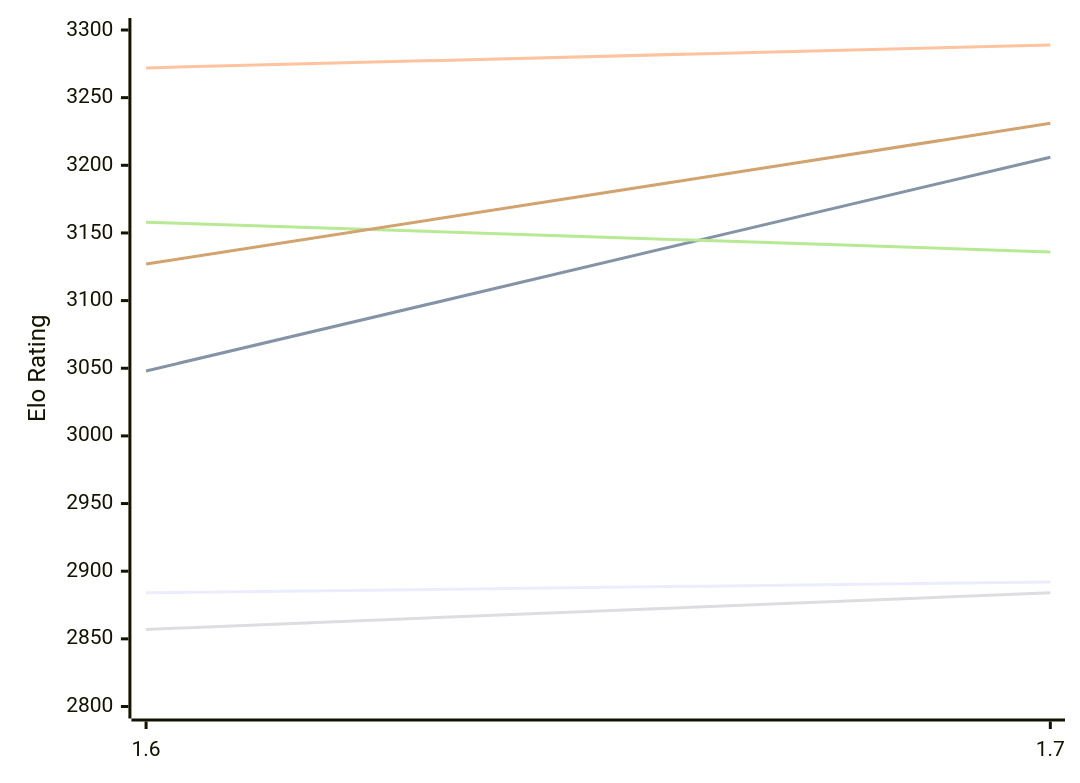
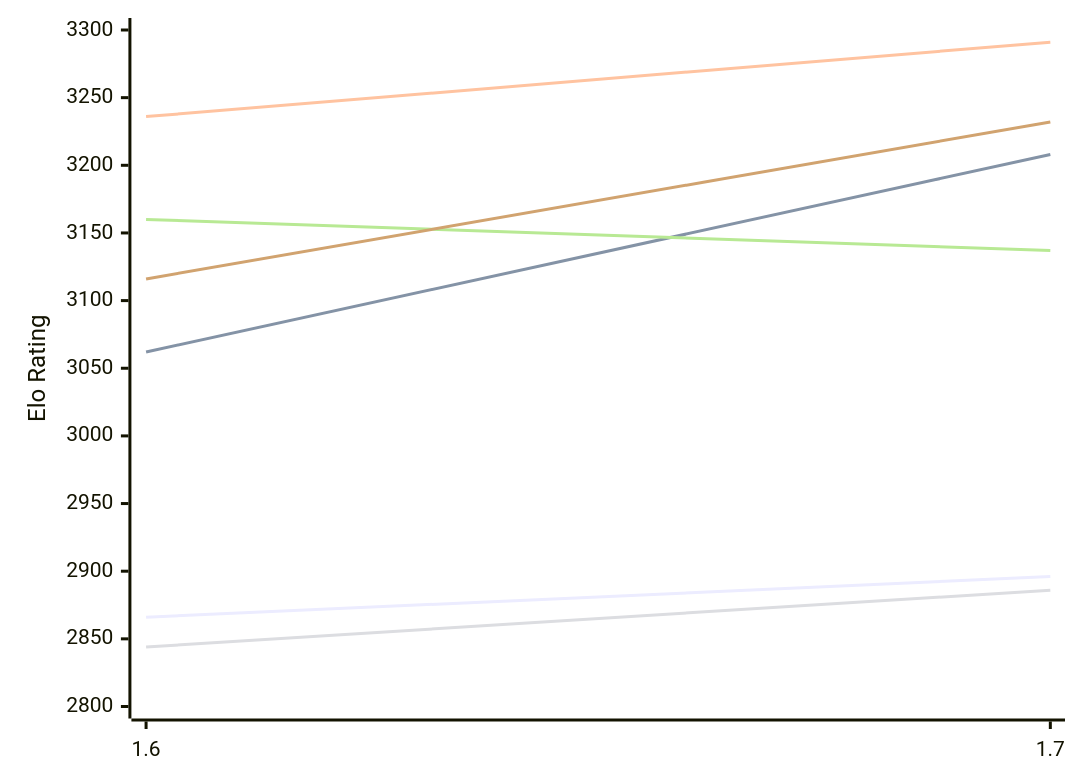
Before and after one commit to computer-chess-index/cci: the first of 2 diagrams in engines/Bitbit.md, drawn with Mermaid. The commit also changed other lines of this file, not shown here.

Commit message:
Update CCI Ratings (ELO VLTC) - 2026-11-17

````diff
--- a/engines/Bitbit.md
+++ b/engines/Bitbit.md
@@ -50,12 +50,12 @@
 ```mermaid
 %%{init: {"theme":"base","themeVariables":{"seriesColors:['#a3a3a3','#222221','#faa371']}}}%%
 xychart-beta
   x-axis ["1.6", "1.7"]
   y-axis "Elo Rating" 2800 --> 3300
-  line "E1: STC (8.0+0.08s)" [2884, 2892]
-  line "E1: LTC (60.0+0.60s)" [3048, 3206]
-  line "E1: VLTC (2m24s+1.12s)" [3272, 3289]
-  line "P1: STC (8.0+0.08s)" [2857, 2884]
-  line "P1: LTC (60.0+0.60s)" [3158, 3136]
-  line "P1: VLTC (2m24s+1.12s)" [3127, 3231]
+  line "E1: STC (8.0+0.08s)" [2866, 2896]
+  line "E1: LTC (60.0+0.60s)" [3062, 3208]
+  line "E1: VLTC (2m24s+1.12s)" [3236, 3291]
+  line "P1: STC (8.0+0.08s)" [2844, 2886]
+  line "P1: LTC (60.0+0.60s)" [3160, 3137]
+  line "P1: VLTC (2m24s+1.12s)" [3116, 3232]
 ```
````
